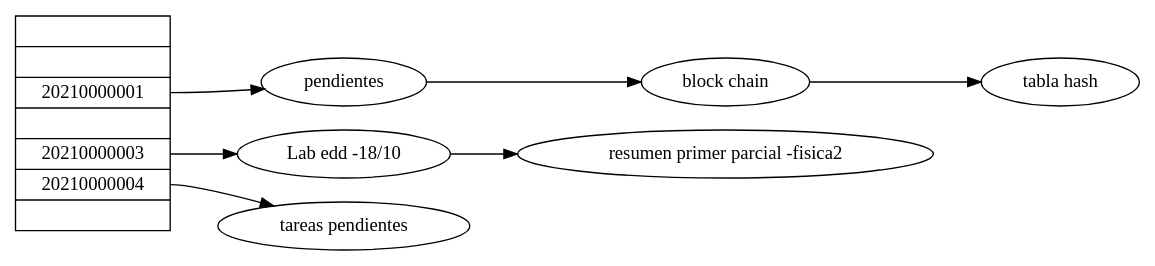
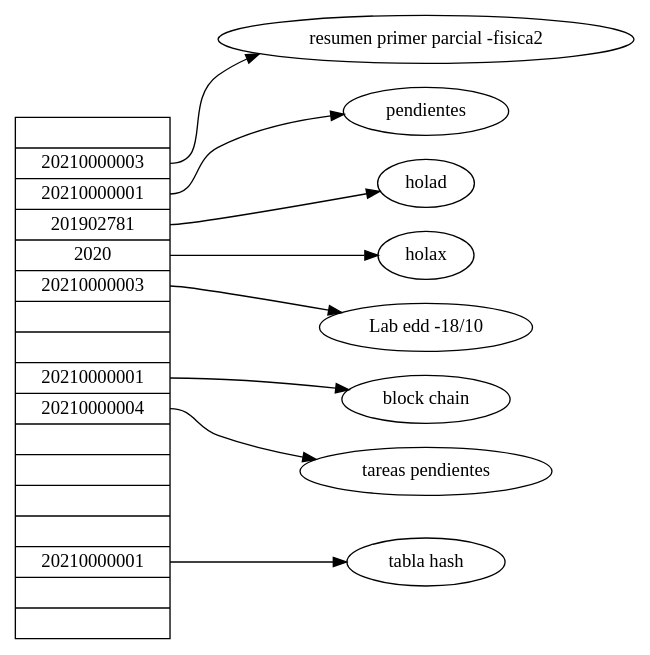
The diagram in Fase 3/frontend/src/pages/TablaHash/TablaHash.dot (rodriporon/EDD_SmartClass_201902781), drawn with Graphviz before and after one commit. The commit also changed 11 other files, not shown here.

```diff
--- a/Fase 3/frontend/src/pages/TablaHash/TablaHash.dot
+++ b/Fase 3/frontend/src/pages/TablaHash/TablaHash.dot
@@ -1,16 +1,20 @@
 digraph structs {
  rankdir=LR node[shape=record]; 
-struct1 [label="<f0> |<f1> |<f2> 20210000001|<f3> |<f4> 20210000003|<f5> 20210000004|<f6> "];n20 [shape=ellipse, label="pendientes"] 
+struct1 [label="<f0> |<f1> 20210000003|<f2> 20210000001|<f3> 201902781|<f4> 2020|<f5> 20210000003|<f6> |<f7> |<f8> 20210000001|<f9> 20210000004|<f10> |<f11> |<f12> |<f13> |<f14> 20210000001|<f15> |<f16> "];n10 [shape=ellipse, label="resumen primer parcial -fisica2"] 
+struct1:f1 -> n10 
+n20 [shape=ellipse, label="pendientes"] 
 struct1:f2 -> n20 
-n21 [shape=ellipse, label="block chain"] 
-n20 -> n21 
-n22 [shape=ellipse, label="tabla hash"] 
-n21 -> n22 
-n40 [shape=ellipse, label="Lab edd -18/10"] 
+n30 [shape=ellipse, label="holad"] 
+struct1:f3 -> n30 
+n40 [shape=ellipse, label="holax"] 
 struct1:f4 -> n40 
-n41 [shape=ellipse, label="resumen primer parcial -fisica2"] 
-n40 -> n41 
-n50 [shape=ellipse, label="tareas pendientes"] 
+n50 [shape=ellipse, label="Lab edd -18/10"] 
 struct1:f5 -> n50 
+n80 [shape=ellipse, label="block chain"] 
+struct1:f8 -> n80 
+n90 [shape=ellipse, label="tareas pendientes"] 
+struct1:f9 -> n90 
+n140 [shape=ellipse, label="tabla hash"] 
+struct1:f14 -> n140 
 
 }
```
